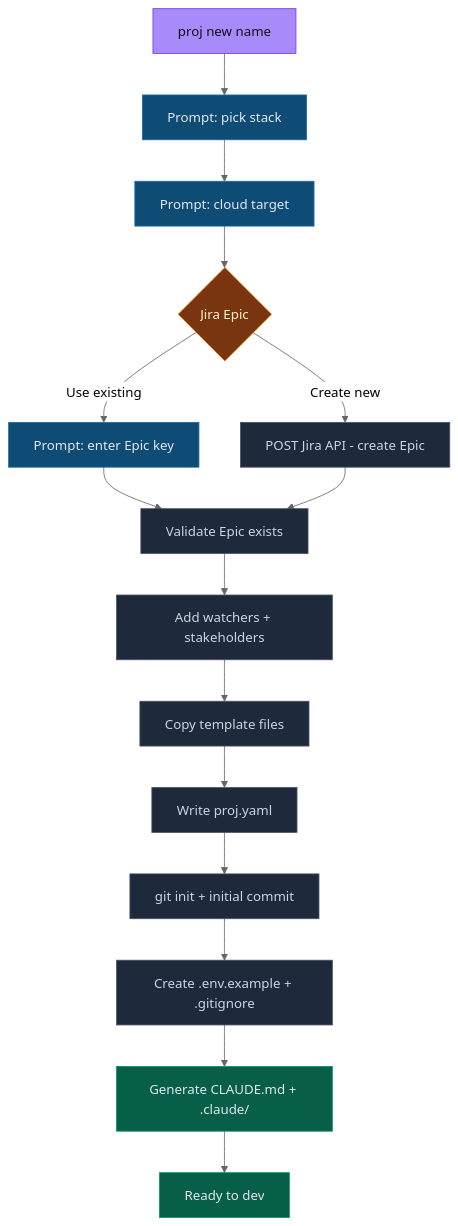
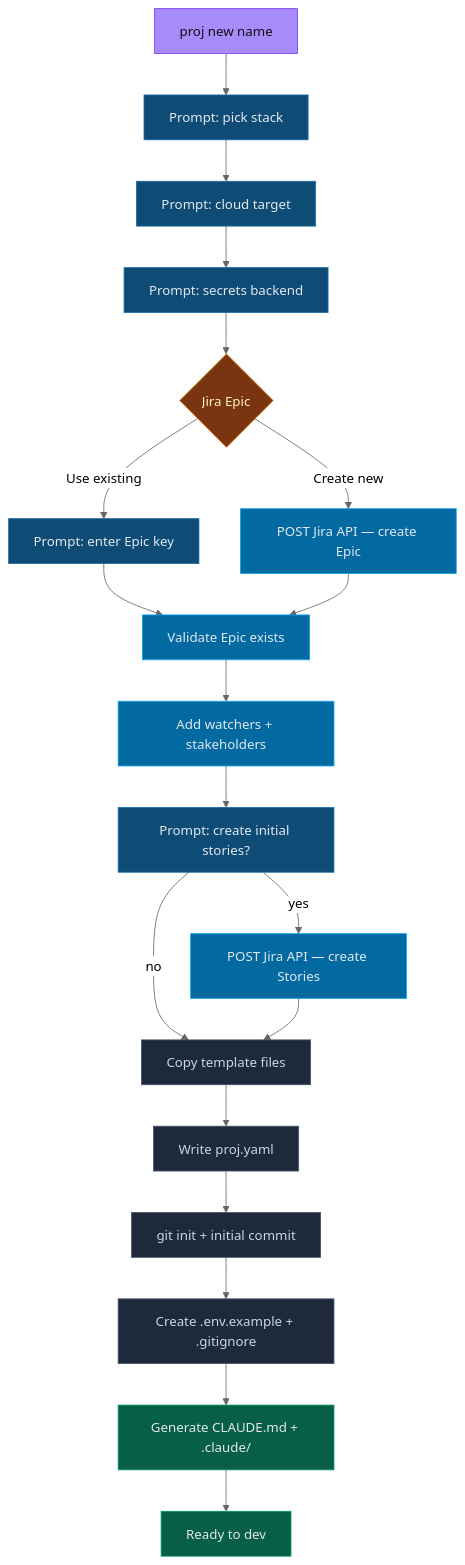
One commit to erosrage/Athena changed the second of 6 diagrams in README.md. Above: the diagram before and after it, drawn with Mermaid (neutral theme). The commit also changed other lines of this file and 5 other files, not shown here.

First line of the commit message:
feat: add Jira lifecycle to dev/build + update all diagrams

````diff
--- a/README.md
+++ b/README.md
@@ -38,24 +38,29 @@
 ```mermaid
 flowchart TD
     A["proj new name"]:::entry
     A --> B["Prompt: pick stack"]:::prompt
     B --> C["Prompt: cloud target"]:::prompt
-    C --> J{"Jira Epic"}:::decision
+    C --> SB["Prompt: secrets backend"]:::prompt
+    SB --> J{"Jira Epic"}:::decision
     J -->|"Use existing"| J1["Prompt: enter Epic key"]:::prompt
-    J -->|"Create new"| J2["POST Jira API - create Epic"]:::action
-    J1 --> J3["Validate Epic exists"]:::action
+    J -->|"Create new"| J2["POST Jira API — create Epic"]:::jira
+    J1 --> J3["Validate Epic exists"]:::jira
     J2 --> J3
-    J3 --> J4["Add watchers + stakeholders"]:::action
-    J4 --> D["Copy template files"]:::action
+    J3 --> J4["Add watchers + stakeholders"]:::jira
+    J4 --> J5["Prompt: create initial stories?"]:::prompt
+    J5 -->|"yes"| J6["POST Jira API — create Stories"]:::jira
+    J5 -->|"no"| D
+    J6 --> D["Copy template files"]:::action
     D --> E["Write proj.yaml"]:::action
     E --> F["git init + initial commit"]:::action
     F --> G["Create .env.example + .gitignore"]:::action
     G --> H["Generate CLAUDE.md + .claude/"]:::claude
     H --> Z["Ready to dev"]:::done
     classDef entry fill:#a78bfa,stroke:#7c3aed,color:#0f1117
     classDef prompt fill:#0f4c75,stroke:#1b6ca8,color:#e2e8f0
     classDef action fill:#1e293b,stroke:#475569,color:#cbd5e1
     classDef decision fill:#78350f,stroke:#d97706,color:#fef3c7
     classDef done fill:#065f46,stroke:#059669,color:#e2e8f0
     classDef claude fill:#065f46,stroke:#059669,color:#e2e8f0
+    classDef jira fill:#0369a1,stroke:#0ea5e9,color:#e2e8f0
 ```
````
